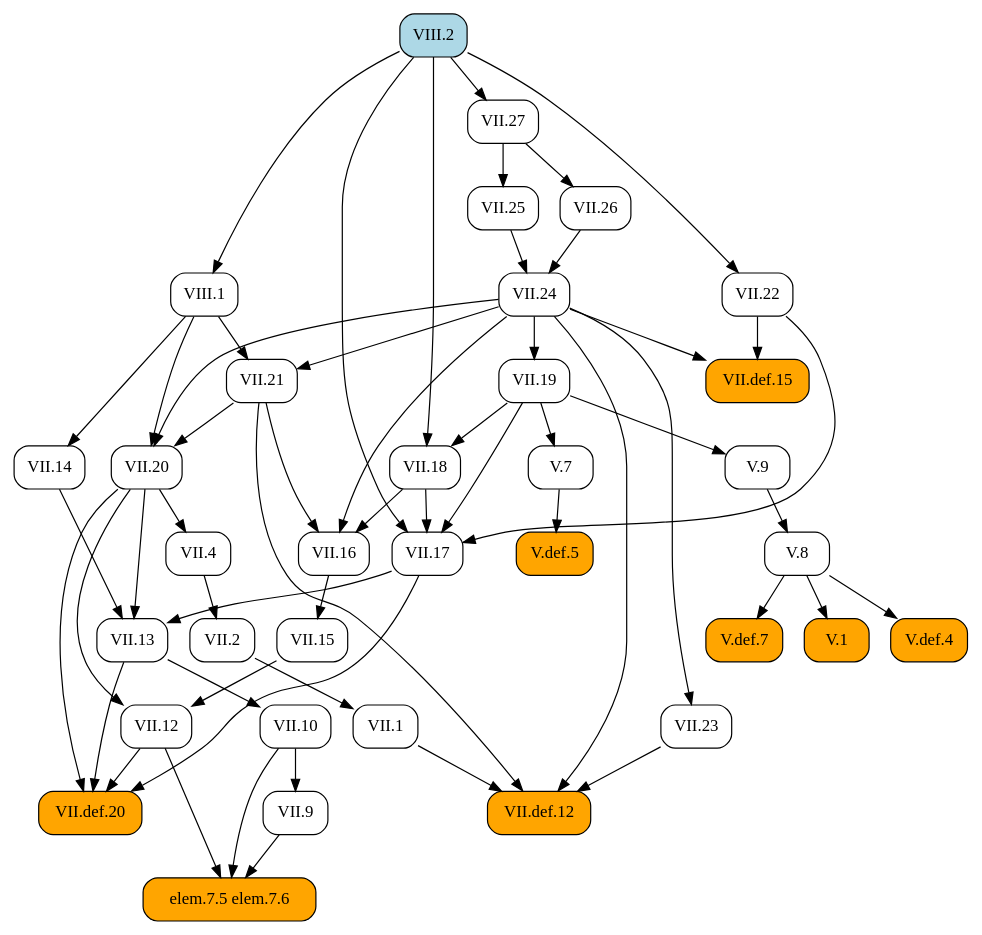
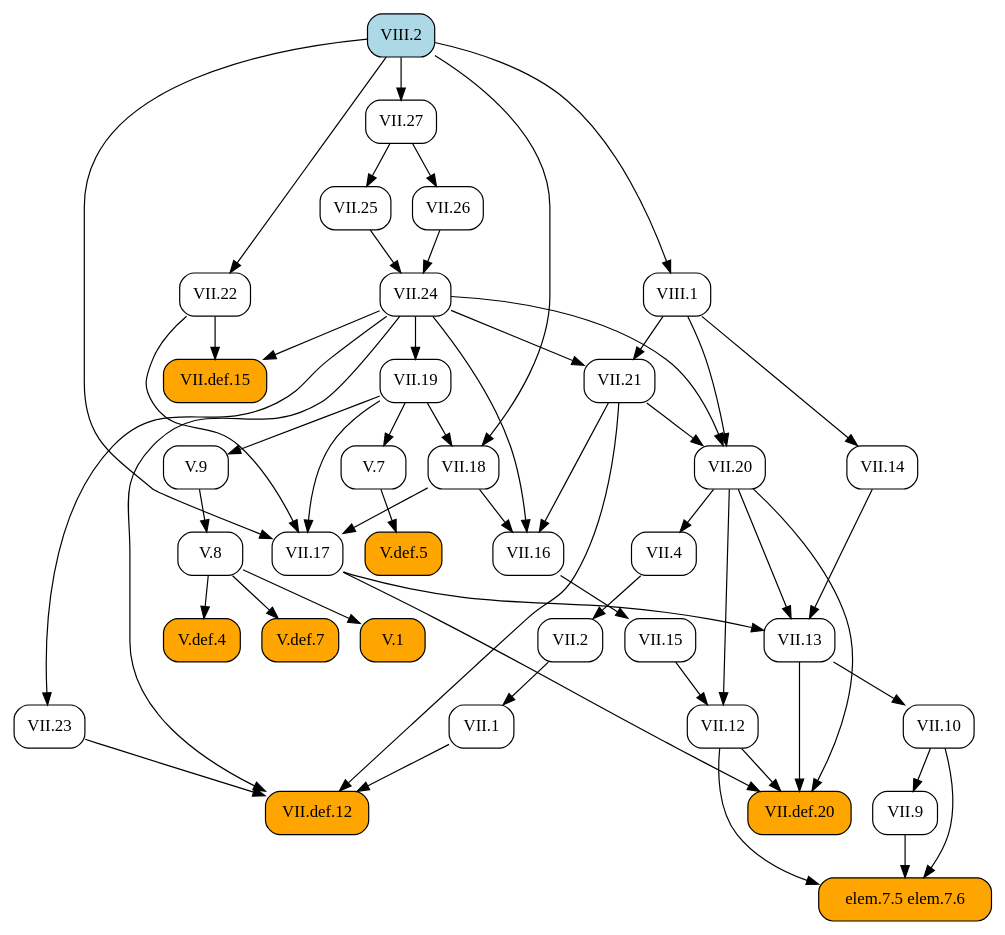
One commit to geometor/elements changed the diagram in docsrc/heath/VIII/2/index.rst. Above: the diagram before and after it, drawn with Graphviz. The commit also changed other lines of this file and 484 other files, not shown here.

```diff
--- a/docsrc/heath/VIII/2/index.rst
+++ b/docsrc/heath/VIII/2/index.rst
@@ -71,93 +75,93 @@
    digraph {
      rankdir="TB";
      node [shape=box, style=rounded];
-     "VII.1" [URL="/heath/VII/1/", target="_top"];
+     "VII.12" [URL="/heath/VII/12/", target="_top"];
+     "elem.7.5 elem.7.6" [style="rounded,filled", fillcolor=orange];
      "VII.9" [URL="/heath/VII/9/", target="_top"];
+     "VIII.2" [style="rounded,filled", fillcolor=lightblue, URL="/heath/VIII/2/", target="_top"];
+     "VII.18" [URL="/heath/VII/18/", target="_top"];
+     "VII.16" [URL="/heath/VII/16/", target="_top"];
+     "V.7" [URL="/heath/V/7/", target="_top"];
+     "VII.26" [URL="/heath/VII/26/", target="_top"];
      "V.def.5" [style="rounded,filled", fillcolor=orange, URL="/heath/V/def.5/", target="_top"];
+     "V.9" [URL="/heath/V/9/", target="_top"];
+     "VII.10" [URL="/heath/VII/10/", target="_top"];
+     "VII.13" [URL="/heath/VII/13/", target="_top"];
+     "VII.def.15" [style="rounded,filled", fillcolor=orange, URL="/heath/VII/def.15/", target="_top"];
      "VII.17" [URL="/heath/VII/17/", target="_top"];
-     "elem.7.5 elem.7.6" [style="rounded,filled", fillcolor=orange];
-     "V.7" [URL="/heath/V/7/", target="_top"];
-     "V.9" [URL="/heath/V/9/", target="_top"];
-     "VII.13" [URL="/heath/VII/13/", target="_top"];
+     "VII.19" [URL="/heath/VII/19/", target="_top"];
      "VII.2" [URL="/heath/VII/2/", target="_top"];
-     "VIII.1" [URL="/heath/VIII/1/", target="_top"];
-     "VIII.2" [style="rounded,filled", fillcolor=lightblue, URL="/heath/VIII/2/", target="_top"];
-     "VII.12" [URL="/heath/VII/12/", target="_top"];
-     "VII.24" [URL="/heath/VII/24/", target="_top"];
-     "VII.def.12" [style="rounded,filled", fillcolor=orange, URL="/heath/VII/def.12/", target="_top"];
-     "V.8" [URL="/heath/V/8/", target="_top"];
-     "VII.10" [URL="/heath/VII/10/", target="_top"];
-     "VII.def.15" [style="rounded,filled", fillcolor=orange, URL="/heath/VII/def.15/", target="_top"];
-     "VII.18" [URL="/heath/VII/18/", target="_top"];
-     "VII.19" [URL="/heath/VII/19/", target="_top"];
-     "VII.16" [URL="/heath/VII/16/", target="_top"];
-     "VII.26" [URL="/heath/VII/26/", target="_top"];
-     "VII.4" [URL="/heath/VII/4/", target="_top"];
-     "VII.25" [URL="/heath/VII/25/", target="_top"];
-     "VII.21" [URL="/heath/VII/21/", target="_top"];
-     "V.1" [style="rounded,filled", fillcolor=orange, URL="/heath/V/1/", target="_top"];
-     "VII.20" [URL="/heath/VII/20/", target="_top"];
+     "VII.def.20" [style="rounded,filled", fillcolor=orange, URL="/heath/VII/def.20/", target="_top"];
+     "VII.15" [URL="/heath/VII/15/", target="_top"];
+     "V.def.4" [style="rounded,filled", fillcolor=orange, URL="/heath/V/def.4/", target="_top"];
+     "V.def.7" [style="rounded,filled", fillcolor=orange, URL="/heath/V/def.7/", target="_top"];
      "VII.14" [URL="/heath/VII/14/", target="_top"];
      "VII.27" [URL="/heath/VII/27/", target="_top"];
-     "V.def.4" [style="rounded,filled", fillcolor=orange, URL="/heath/V/def.4/", target="_top"];
+     "VII.21" [URL="/heath/VII/21/", target="_top"];
      "VII.22" [URL="/heath/VII/22/", target="_top"];
-     "V.def.7" [style="rounded,filled", fillcolor=orange, URL="/heath/V/def.7/", target="_top"];
+     "VII.25" [URL="/heath/VII/25/", target="_top"];
+     "VIII.1" [URL="/heath/VIII/1/", target="_top"];
+     "VII.1" [URL="/heath/VII/1/", target="_top"];
+     "V.8" [URL="/heath/V/8/", target="_top"];
      "VII.23" [URL="/heath/VII/23/", target="_top"];
-     "VII.15" [URL="/heath/VII/15/", target="_top"];
-     "VII.def.20" [style="rounded,filled", fillcolor=orange, URL="/heath/VII/def.20/", target="_top"];
-     "VII.2" -> "VII.1";
+     "VII.4" [URL="/heath/VII/4/", target="_top"];
+     "VII.def.12" [style="rounded,filled", fillcolor=orange, URL="/heath/VII/def.12/", target="_top"];
+     "V.1" [style="rounded,filled", fillcolor=orange, URL="/heath/V/1/", target="_top"];
+     "VII.24" [URL="/heath/VII/24/", target="_top"];
+     "VII.20" [URL="/heath/VII/20/", target="_top"];
+     "VII.15" -> "VII.12";
+     "VII.20" -> "VII.12";
+     "VII.9" -> "elem.7.5 elem.7.6";
+     "VII.10" -> "elem.7.5 elem.7.6";
+     "VII.12" -> "elem.7.5 elem.7.6";
      "VII.10" -> "VII.9";
+     "VII.19" -> "VII.18";
+     "VIII.2" -> "VII.18";
+     "VII.18" -> "VII.16";
+     "VII.21" -> "VII.16";
+     "VII.24" -> "VII.16";
+     "VII.19" -> "V.7";
+     "VII.27" -> "VII.26";
      "V.7" -> "V.def.5";
+     "VII.19" -> "V.9";
+     "VII.13" -> "VII.10";
+     "VII.14" -> "VII.13";
+     "VII.17" -> "VII.13";
+     "VII.20" -> "VII.13";
+     "VII.22" -> "VII.def.15";
+     "VII.24" -> "VII.def.15";
      "VII.18" -> "VII.17";
      "VII.19" -> "VII.17";
      "VII.22" -> "VII.17";
      "VIII.2" -> "VII.17";
-     "VII.9" -> "elem.7.5 elem.7.6";
-     "VII.10" -> "elem.7.5 elem.7.6";
-     "VII.12" -> "elem.7.5 elem.7.6";
-     "VII.19" -> "V.7";
-     "VII.19" -> "V.9";
-     "VII.14" -> "VII.13";
-     "VII.17" -> "VII.13";
-     "VII.20" -> "VII.13";
+     "VII.24" -> "VII.19";
      "VII.4" -> "VII.2";
+     "VII.12" -> "VII.def.20";
+     "VII.13" -> "VII.def.20";
+     "VII.17" -> "VII.def.20";
+     "VII.20" -> "VII.def.20";
+     "VII.16" -> "VII.15";
+     "V.8" -> "V.def.4";
+     "V.8" -> "V.def.7";
+     "VIII.1" -> "VII.14";
+     "VIII.2" -> "VII.27";
+     "VII.24" -> "VII.21";
+     "VIII.1" -> "VII.21";
+     "VIII.2" -> "VII.22";
+     "VII.27" -> "VII.25";
      "VIII.2" -> "VIII.1";
-     "VII.15" -> "VII.12";
-     "VII.20" -> "VII.12";
-     "VII.25" -> "VII.24";
-     "VII.26" -> "VII.24";
+     "VII.2" -> "VII.1";
+     "V.9" -> "V.8";
+     "VII.24" -> "VII.23";
+     "VII.20" -> "VII.4";
      "VII.1" -> "VII.def.12";
      "VII.21" -> "VII.def.12";
      "VII.23" -> "VII.def.12";
      "VII.24" -> "VII.def.12";
-     "V.9" -> "V.8";
-     "VII.13" -> "VII.10";
-     "VII.22" -> "VII.def.15";
-     "VII.24" -> "VII.def.15";
-     "VII.19" -> "VII.18";
-     "VIII.2" -> "VII.18";
-     "VII.24" -> "VII.19";
-     "VII.18" -> "VII.16";
-     "VII.21" -> "VII.16";
-     "VII.24" -> "VII.16";
-     "VII.27" -> "VII.26";
-     "VII.20" -> "VII.4";
-     "VII.27" -> "VII.25";
-     "VII.24" -> "VII.21";
-     "VIII.1" -> "VII.21";
      "V.8" -> "V.1";
+     "VII.25" -> "VII.24";
+     "VII.26" -> "VII.24";
      "VII.21" -> "VII.20";
      "VII.24" -> "VII.20";
      "VIII.1" -> "VII.20";
-     "VIII.1" -> "VII.14";
-     "VIII.2" -> "VII.27";
-     "V.8" -> "V.def.4";
-     "VIII.2" -> "VII.22";
-     "V.8" -> "V.def.7";
-     "VII.24" -> "VII.23";
-     "VII.16" -> "VII.15";
-     "VII.12" -> "VII.def.20";
-     "VII.13" -> "VII.def.20";
-     "VII.17" -> "VII.def.20";
-     "VII.20" -> "VII.def.20";
    }
```
